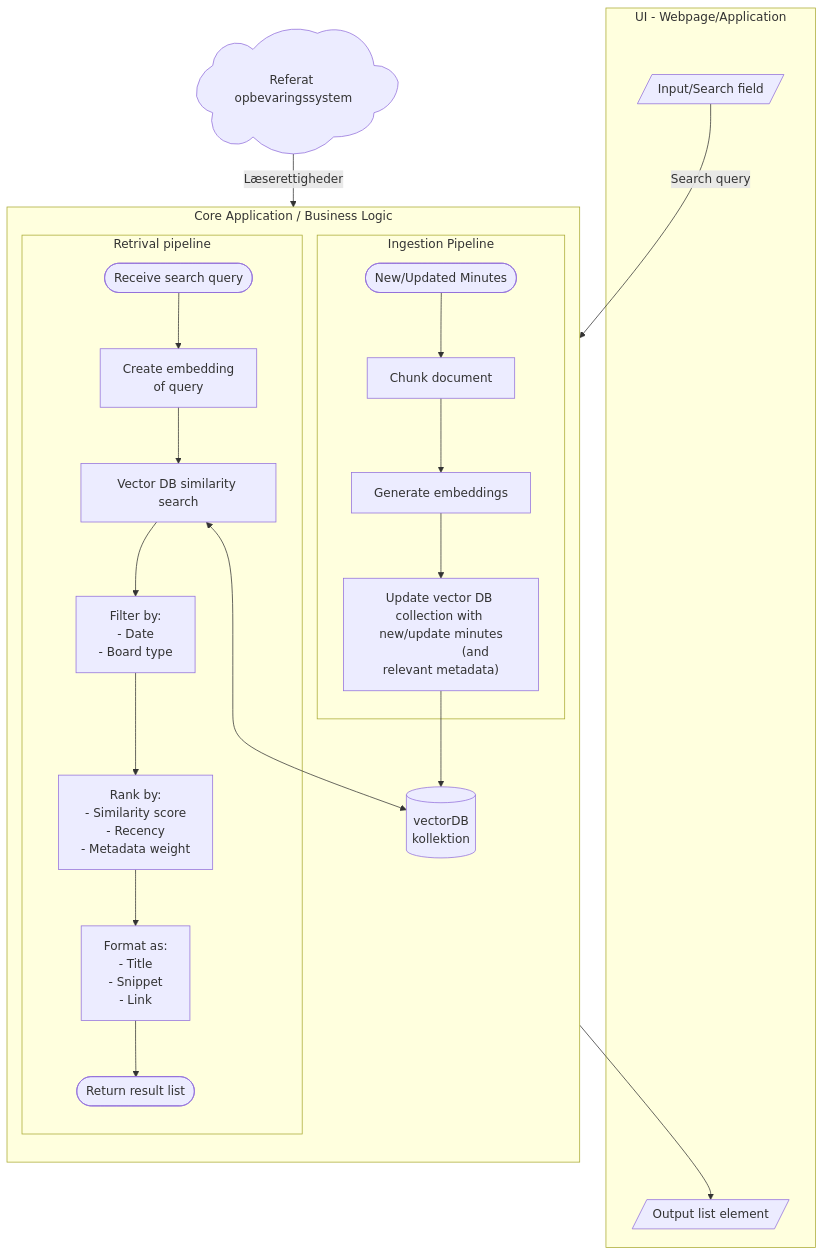
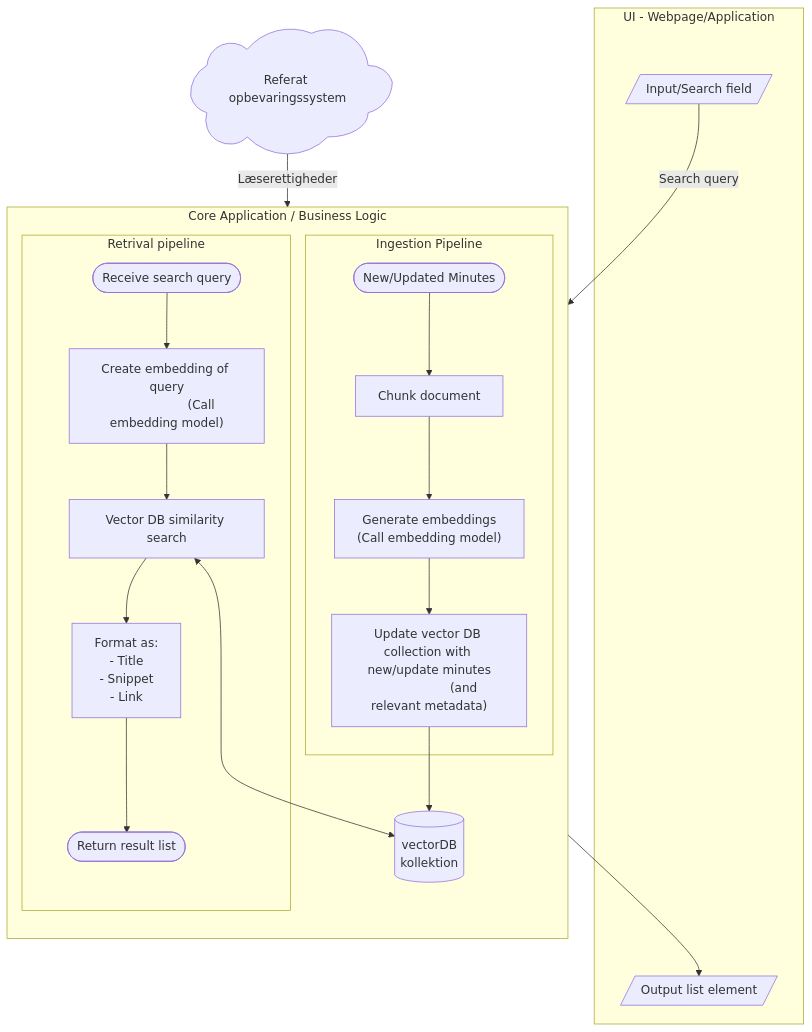
The diagram in docs/minimumskrav/AI_loesningseksempler/soegning.md (OS2sandbox/public-genai-governance), drawn with Mermaid before and after one commit.

Commit message:
Explify embedding model calling and clean steps

````diff
--- a/docs/minimumskrav/AI_loesningseksempler/soegning.md
+++ b/docs/minimumskrav/AI_loesningseksempler/soegning.md
@@ -7,67 +7,59 @@
 ```mermaid
 flowchart TD
     
     subgraph UI["UI - Webpage/Application"]
         user@{ shape: in-out, label: "Input/Search field"} 
         
         results@{ shape: in-out, label: "Output list element"}
     end
 
     system@{ shape: cloud, label: "Referat opbevaringssystem"}
 
     subgraph core["`Core Application / Business Logic`"]
         direction TB
         
         vdb@{ shape: db, label: "vectorDB\n kollektion"}
         %% Re-indexing flow
         subgraph ingest["Ingestion Pipeline"]
     
             minutes(["New/Updated Minutes"])
             chunk["Chunk document"]
-            embed2["Generate embeddings"]
+            embed2["Generate embeddings
+                    (Call embedding model)"]
             store["Update vector DB collection with new/update minutes
                    (and relevant metadata)"]
     
             minutes --> chunk --> embed2 --> store
         end
         
         store --> vdb
         
         subgraph retrive["Retrival pipeline"]
             
             start([Receive search query])
     
-            embed["Create embedding
-                   of query"]
+            embed["Create embedding of query
+                   (Call embedding model)"]
     
             search["Vector DB similarity search"]
-    
-            filter["Filter by:
-                    - Date
-                    - Board type"]
-    
-            rank["Rank by:
-                  - Similarity score
-                  - Recency
-                  - Metadata weight"]
     
             format["Format as:
                     - Title
                     - Snippet
                     - Link"]
     
             return([Return result list])
     
-            user-->|Search query| start --> embed --> search --> filter --> rank --> format --> return
+            user-->|Search query| start --> embed --> search --> format --> return
             
         end
         
         search <--> vdb
         
     end
     system -->|Læserettigheder| minutes
     
     return --> results
 
     
 ```
````
